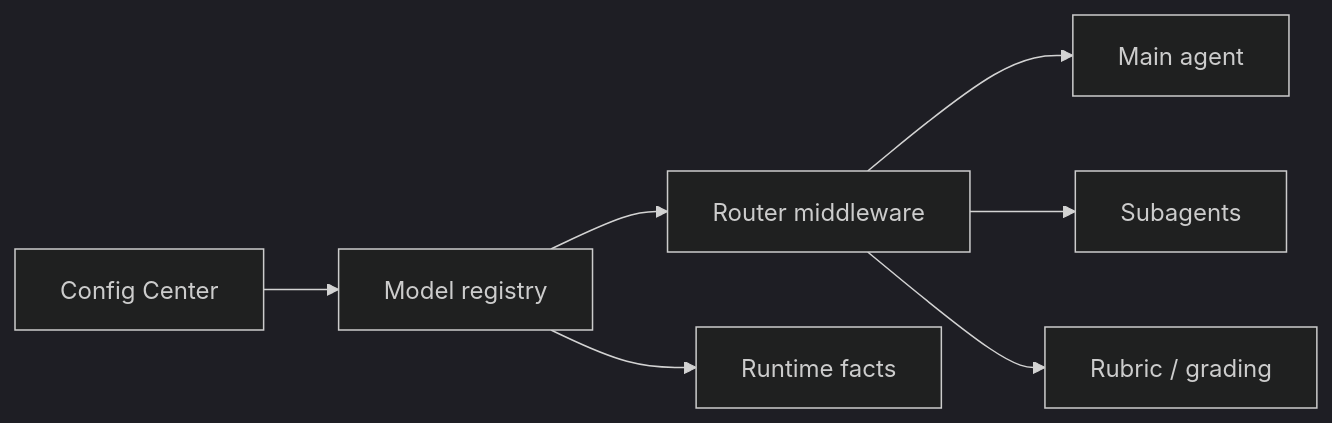
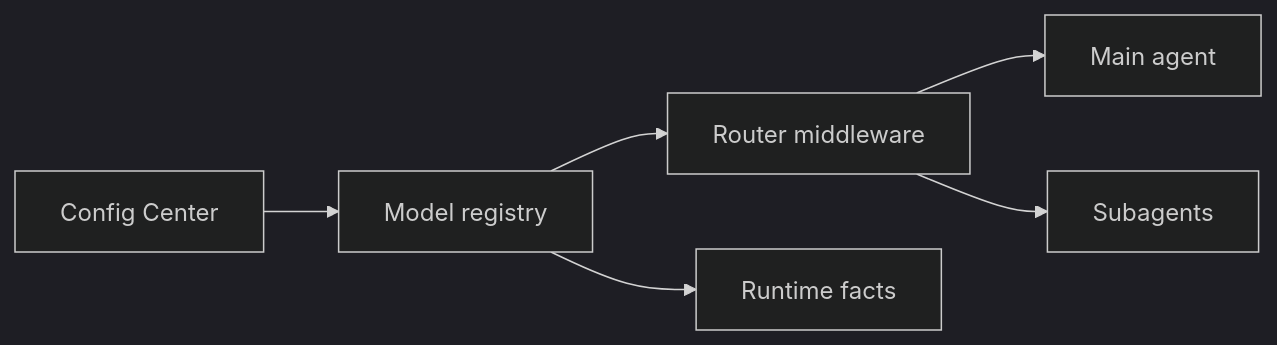
One commit to ZHV587/xiaohongshu-agent changed the fifth of 6 diagrams in docs/architecture/runtime-map.md. Above: the diagram before and after it, drawn with Mermaid (dark theme). The commit also changed other lines of this file and 22 other files, not shown here.

````diff
--- a/docs/architecture/runtime-map.md
+++ b/docs/architecture/runtime-map.md
@@ -75,9 +75,8 @@
 ```mermaid
 flowchart LR
   ConfigCenter["Config Center"] --> Registry["Model registry"]
   Registry --> Router["Router middleware"]
   Router --> MainAgent["Main agent"]
   Router --> Subagents["Subagents"]
-  Router --> Rubric["Rubric / grading"]
   Registry --> RuntimeFacts["Runtime facts"]
 ```
````
